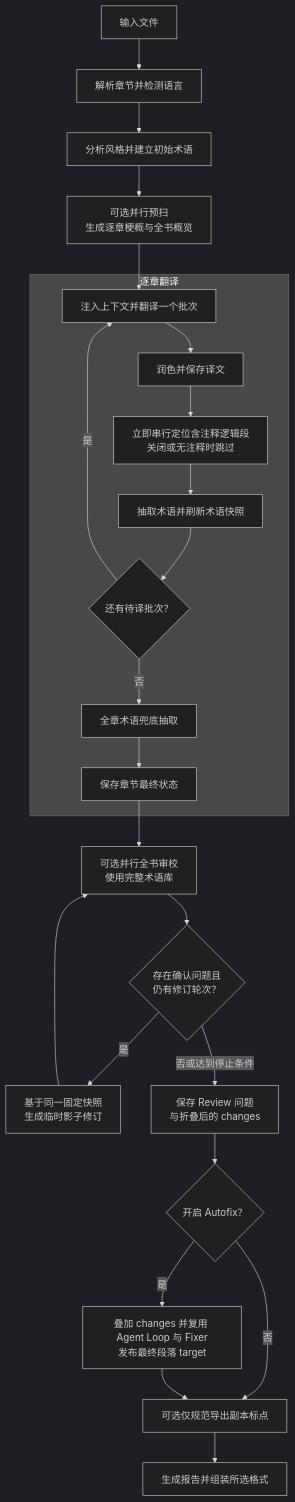
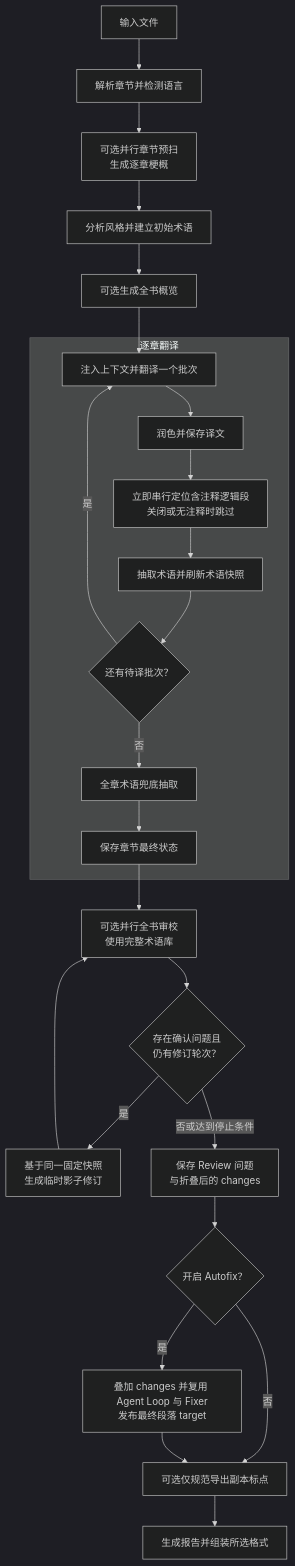
Before and after one commit to BigDawnGhost/wenyi: the diagram in docs/zh/pipeline.md, drawn with Mermaid (dark theme). The commit also changed other lines of this file and 7 other files, not shown here.

````diff
--- a/docs/zh/pipeline.md
+++ b/docs/zh/pipeline.md
@@ -7,29 +7,30 @@
 ```mermaid
 flowchart TD
     A[输入文件] --> B[解析章节并检测语言]
-    B --> C[分析风格并建立初始术语]
-    C --> D[可选并行预扫<br/>生成逐章梗概与全书概览]
-    D --> E
+    B --> C[可选并行章节预扫<br/>生成逐章梗概]
+    C --> D[分析风格并建立初始术语]
+    D --> DS[可选生成全书概览]
+    DS --> E
 
     subgraph T[逐章翻译]
         E[注入上下文并翻译一个批次]
         E --> F[润色并保存译文]
         F --> FA[立即串行定位含注释逻辑段<br/>关闭或无注释时跳过]
         FA --> G[抽取术语并刷新术语快照]
         G --> H{还有待译批次？}
         H -- 是 --> E
         H -- 否 --> IB[全章术语兜底抽取]
         IB --> J[保存章节最终状态]
     end
 
     J --> K[可选并行全书审校<br/>使用完整术语库]
     K --> N{存在确认问题且<br/>仍有修订轮次？}
     N -- 是 --> O[基于同一固定快照<br/>生成临时影子修订]
     O --> K
     N -- 否或达到停止条件 --> P[保存 Review 问题<br/>与折叠后的 changes]
     P --> Q{开启 Autofix？}
     Q -- 是 --> R[叠加 changes 并复用 Agent Loop 与 Fixer<br/>发布最终段落 target]
     Q -- 否 --> X[可选仅规范导出副本标点]
     R --> X
     X --> M[生成报告并组装所选格式]
 ```
````
